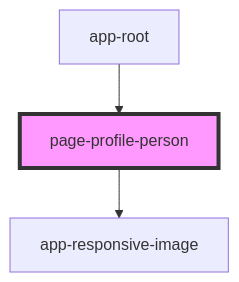
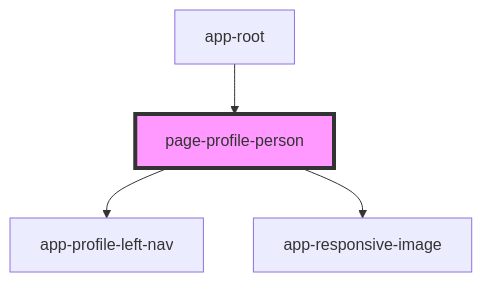
One commit to lokheed/IconEventNetwork.Web changed the diagram in iconeventnetwork-web/src/components/pages/page-profile-person/readme.md. Above: the diagram before and after it, drawn with Mermaid. The commit also changed other lines of this file and 11 other files, not shown here.

Commit message:
Implemented profile left nav bar

````diff
--- a/iconeventnetwork-web/src/components/pages/page-profile-person/readme.md
+++ b/iconeventnetwork-web/src/components/pages/page-profile-person/readme.md
@@ -19,6 +20,7 @@
 ```mermaid
 graph TD;
+  page-profile-person --> app-profile-left-nav
   page-profile-person --> app-responsive-image
   app-root --> page-profile-person
   style page-profile-person fill:#f9f,stroke:#333,stroke-width:4px
 ```
````
